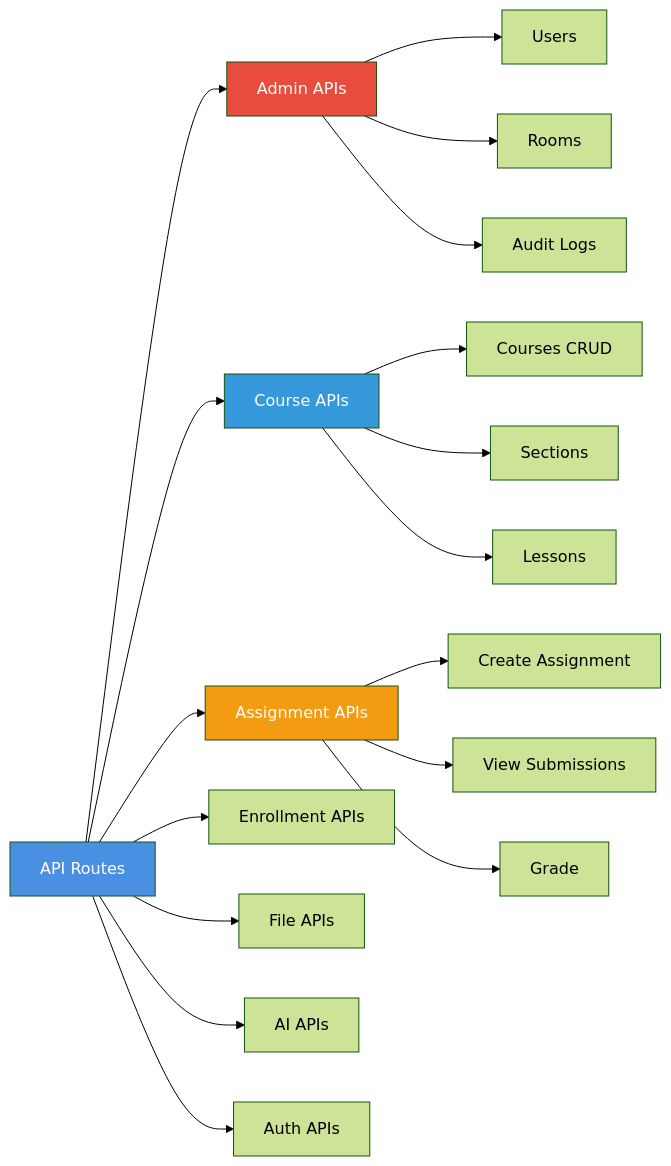
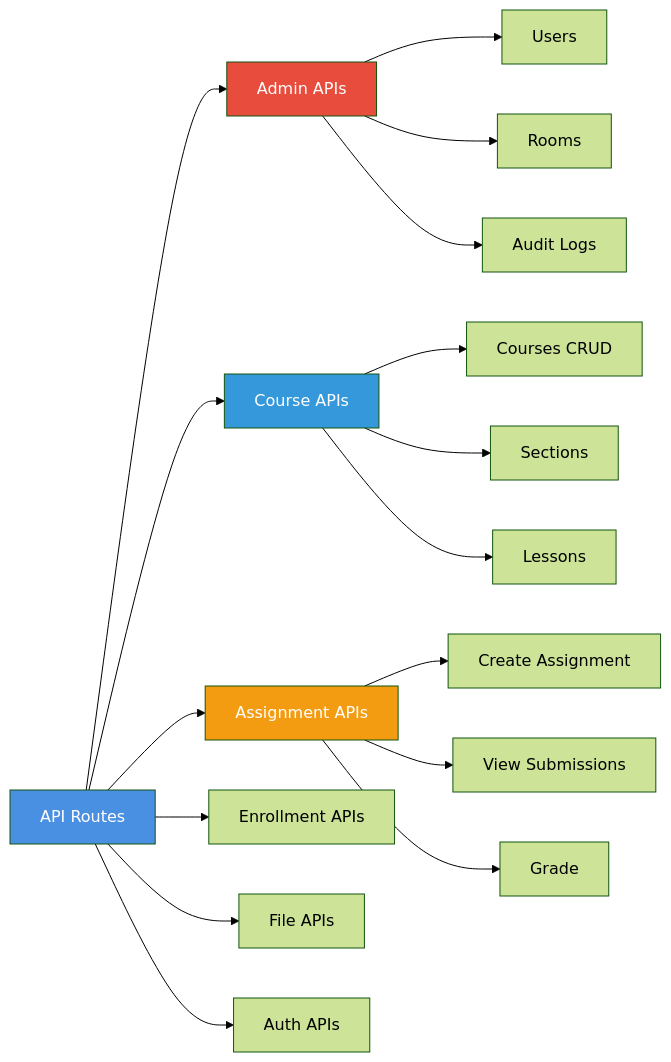
The fifth of 10 diagrams in docs/README.md (GameHelix/jetpack_joyride), drawn with Mermaid (forest theme) before and after one commit. The commit also changed other lines of this file and 15 other files, not shown here.

````diff
--- a/docs/README.md
+++ b/docs/README.md
@@ -514,27 +483,26 @@
 ```mermaid
 graph LR
     A[API Routes] --> B[Admin APIs]
     A --> C[Course APIs]
     A --> D[Assignment APIs]
     A --> E[Enrollment APIs]
     A --> F[File APIs]
-    A --> G[AI APIs]
     A --> H[Auth APIs]
 
     B --> B1[Users]
     B --> B2[Rooms]
     B --> B3[Audit Logs]
 
     C --> C1[Courses CRUD]
     C --> C2[Sections]
     C --> C3[Lessons]
 
     D --> D1[Create Assignment]
     D --> D2[View Submissions]
     D --> D3[Grade]
 
     style A fill:#4A90E2,color:#fff
     style B fill:#E74C3C,color:#fff
     style C fill:#3498DB,color:#fff
     style D fill:#F39C12,color:#fff
 ```
````
